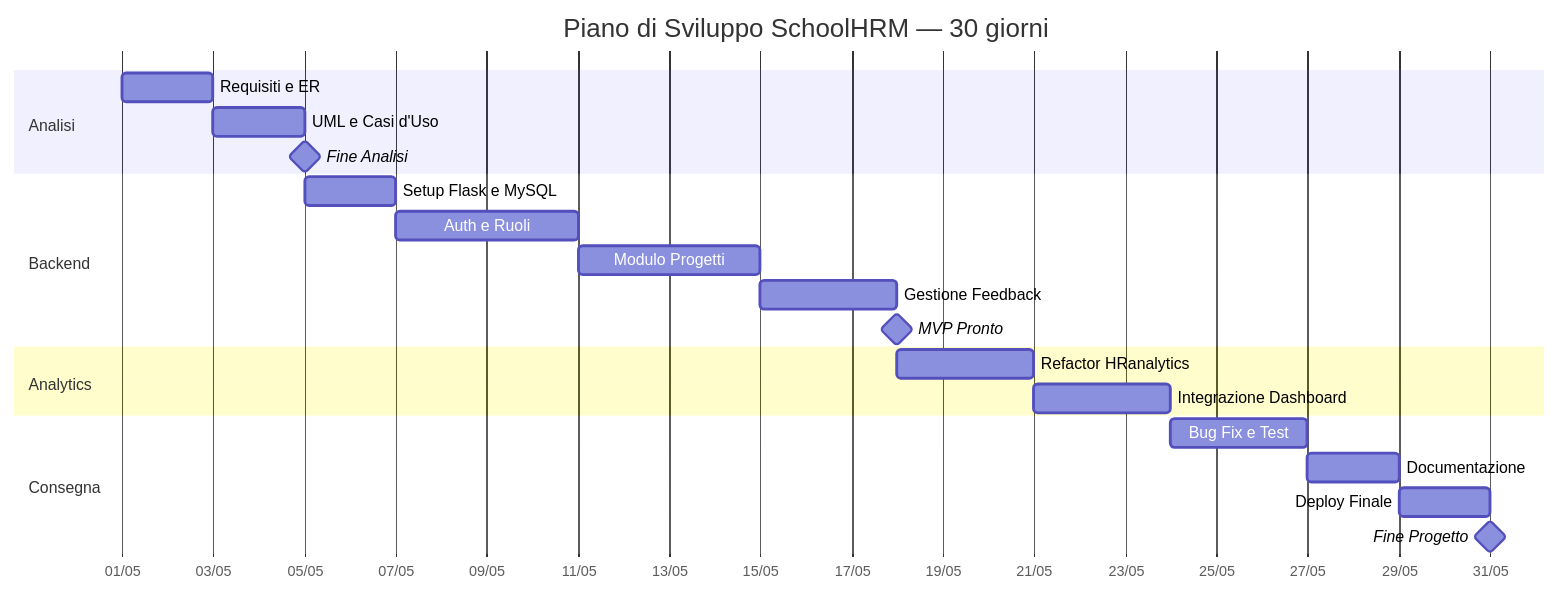
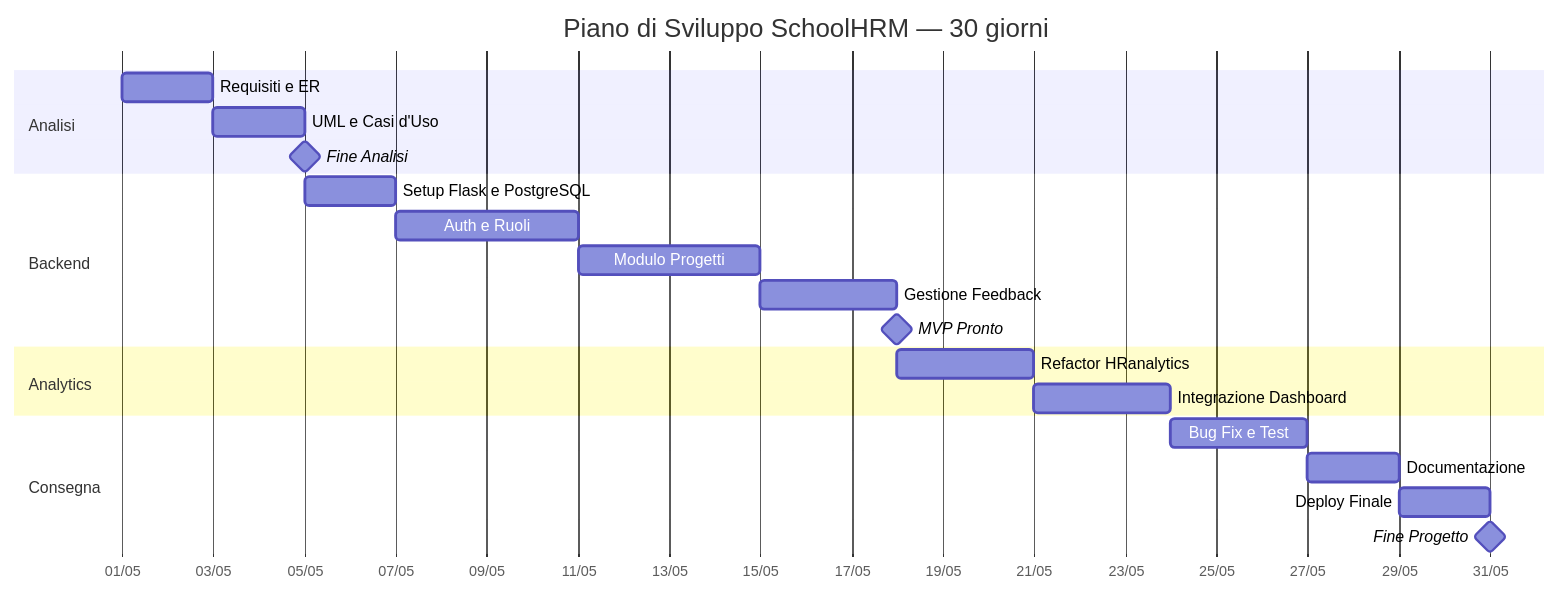
The diagram in Documento_dei_requisiti.md (KamilIbragimov/Progetto_Di_Fine_Anno-2026), drawn with Mermaid before and after one commit. The commit also changed other lines of this file and 8 other files, not shown here.

````diff
--- a/Documento_dei_requisiti.md
+++ b/Documento_dei_requisiti.md
@@ -191,28 +191,28 @@
 ```mermaid
 gantt
     dateFormat  YYYY-MM-DD
     title Piano di Sviluppo SchoolHRM — 30 giorni
     axisFormat %d/%m
 
     section Analisi
     Requisiti e ER          :a1, 2026-05-01, 2d
     UML e Casi d'Uso        :a2, 2026-05-03, 2d
     Fine Analisi            :milestone, 2026-05-05, 0d
 
     section Backend
-    Setup Flask e MySQL     :b0, 2026-05-05, 2d
+    Setup Flask e PostgreSQL     :b0, 2026-05-05, 2d
     Auth e Ruoli            :b1, 2026-05-07, 4d
     Modulo Progetti         :b2, 2026-05-11, 4d
     Gestione Feedback       :b3, 2026-05-15, 3d
     MVP Pronto              :milestone, 2026-05-18, 0d
 
     section Analytics
     Refactor HRanalytics    :h1, 2026-05-18, 3d
     Integrazione Dashboard  :h2, 2026-05-21, 3d
 
     section Consegna
     Bug Fix e Test          :c1, 2026-05-24, 3d
     Documentazione          :c2, 2026-05-27, 2d
     Deploy Finale           :d1, 2026-05-29, 2d
     Fine Progetto           :milestone, 2026-05-31, 0d
 ```
````
